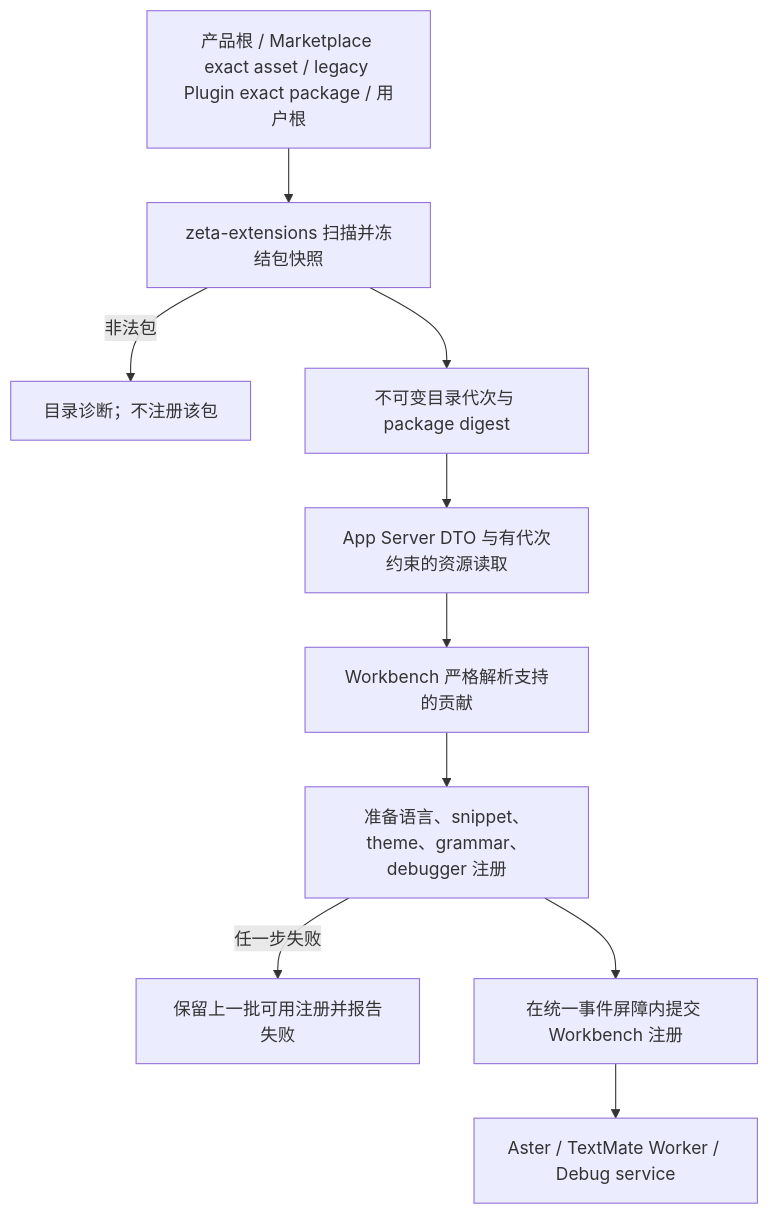
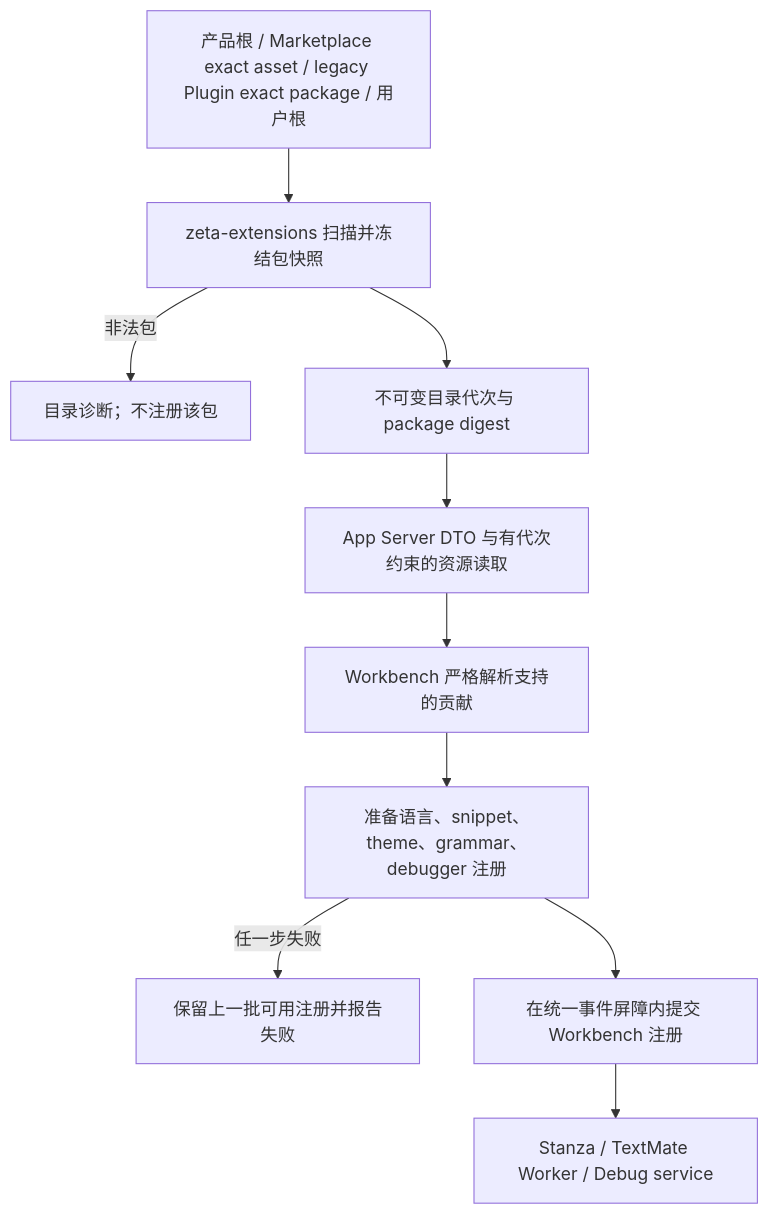
One commit to chogng/zeta changed the first of 2 diagrams in docs/editor-extensions.md. Above: the diagram before and after it, drawn with Mermaid. The commit also changed 349 other files, not shown here.

````diff
--- a/docs/editor-extensions.md
+++ b/docs/editor-extensions.md
@@ -48,12 +48,12 @@
 ```mermaid
 flowchart TD
     package["产品根 / Marketplace exact asset / legacy Plugin exact package / 用户根"] --> scan["zeta-extensions 扫描并冻结包快照"]
     scan -->|非法包| diagnostic["目录诊断；不注册该包"]
     scan --> catalog["不可变目录代次与 package digest"]
     catalog --> protocol["App Server DTO 与有代次约束的资源读取"]
     protocol --> parse["Workbench 严格解析支持的贡献"]
     parse --> prepare["准备语言、snippet、theme、grammar、debugger 注册"]
     prepare -->|任一步失败| previous["保留上一批可用注册并报告失败"]
     prepare --> commit["在统一事件屏障内提交 Workbench 注册"]
-    commit --> consumers["Aster / TextMate Worker / Debug service"]
+    commit --> consumers["Stanza / TextMate Worker / Debug service"]
 ```
````
